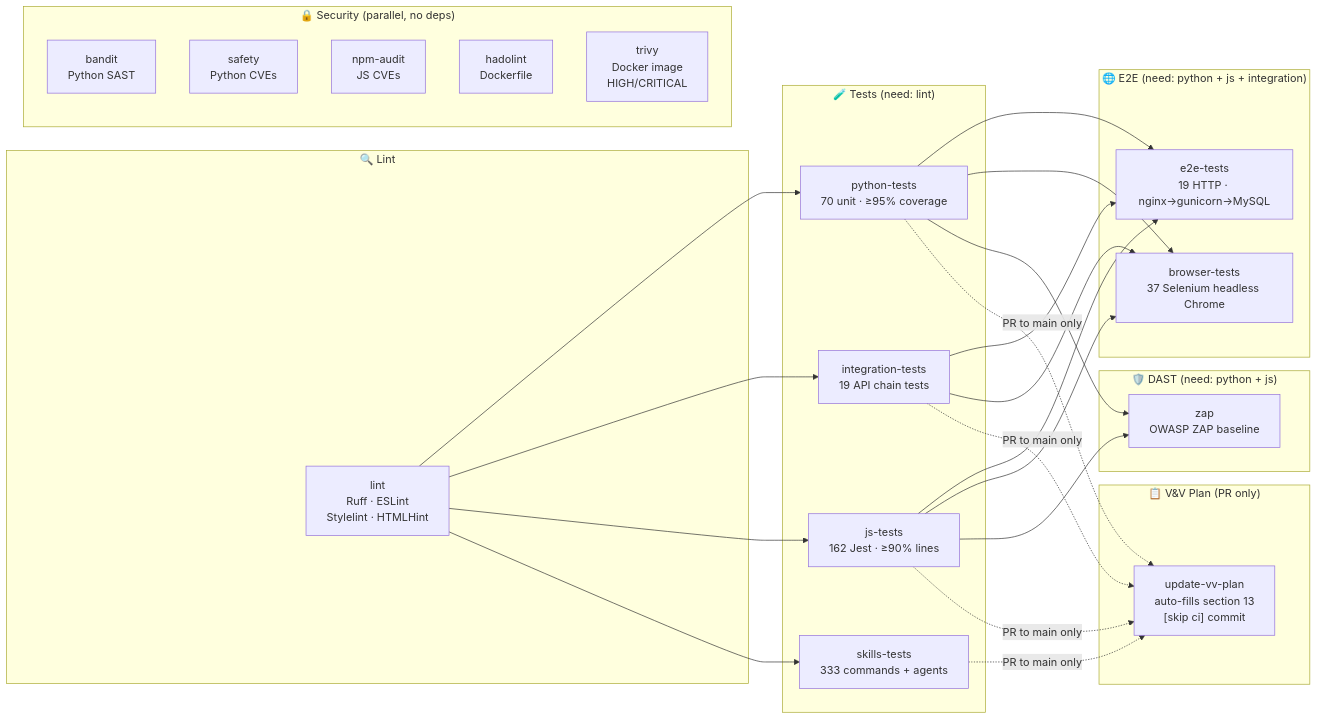
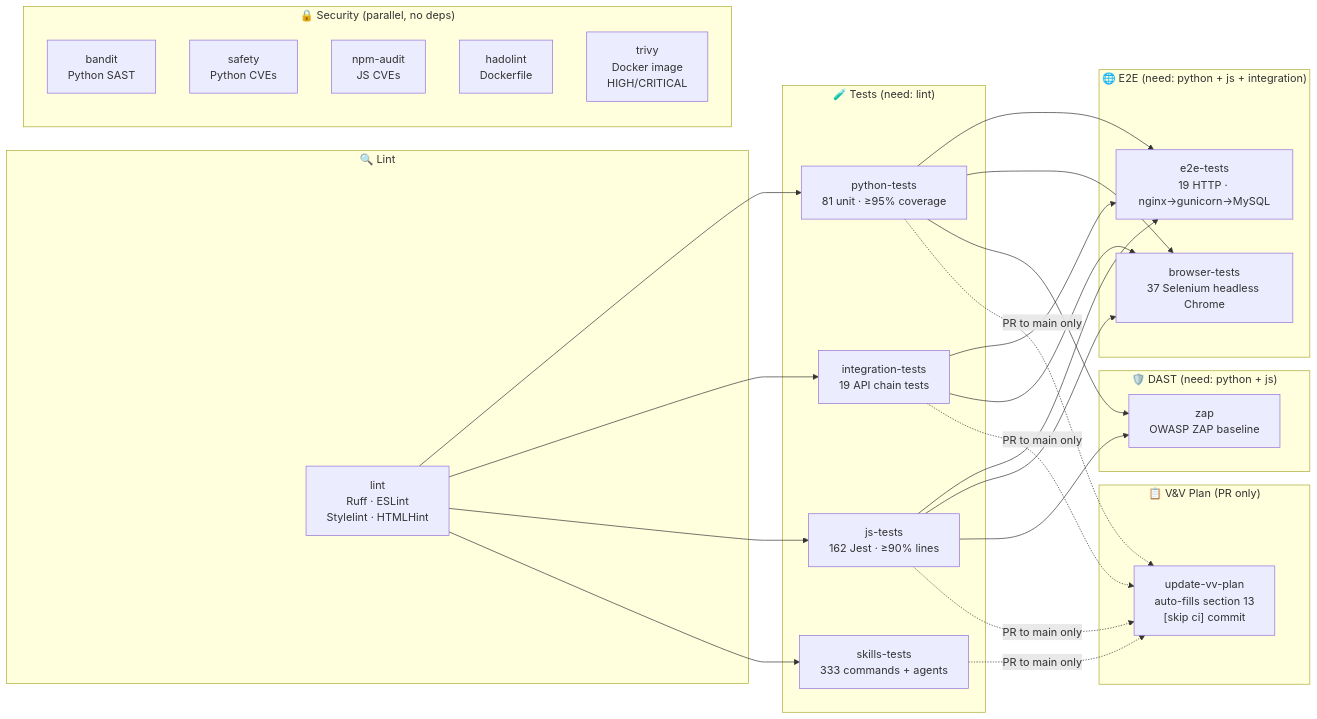
The fifth of 7 diagrams in README.md (mgmarques/radiocalico), drawn with Mermaid before and after one commit. The commit also changed other lines of this file and 14 other files, not shown here.

First line of the commit message:
test: raise coverage to >95% — 843 total tests (was 735)

````diff
--- a/README.md
+++ b/README.md
@@ -518,51 +518,51 @@
 ```mermaid
 graph LR
     subgraph Lint["🔍 Lint"]
         lint["lint\nRuff · ESLint\nStylelint · HTMLHint"]
     end
 
     subgraph Tests["🧪 Tests (need: lint)"]
-        python["python-tests\n70 unit · ≥95% coverage"]
+        python["python-tests\n81 unit · ≥95% coverage"]
         integration["integration-tests\n19 API chain tests"]
         js["js-tests\n162 Jest · ≥90% lines"]
         skills["skills-tests\n333 commands + agents"]
     end
 
     subgraph E2E["🌐 E2E (need: python + js + integration)"]
         e2e["e2e-tests\n19 HTTP · nginx→gunicorn→MySQL"]
         browser["browser-tests\n37 Selenium headless Chrome"]
     end
 
     subgraph DAST["🛡️ DAST (need: python + js)"]
         zap["zap\nOWASP ZAP baseline"]
     end
 
     subgraph Security["🔒 Security (parallel, no deps)"]
         bandit["bandit\nPython SAST"]
         safety["safety\nPython CVEs"]
         npm_audit["npm-audit\nJS CVEs"]
         hadolint["hadolint\nDockerfile"]
         trivy["trivy\nDocker image\nHIGH/CRITICAL"]
     end
 
     subgraph VVPlan["📋 V&V Plan (PR only)"]
         vv["update-vv-plan\nauto-fills section 13\n[skip ci] commit"]
     end
 
     lint --> python
     lint --> integration
     lint --> js
     lint --> skills
     python --> e2e
     js --> e2e
     integration --> e2e
     python --> browser
     js --> browser
     integration --> browser
     python --> zap
     js --> zap
     python -.->|"PR to main only"| vv
     js -.->|"PR to main only"| vv
     integration -.->|"PR to main only"| vv
     skills -.->|"PR to main only"| vv
 ```
````
